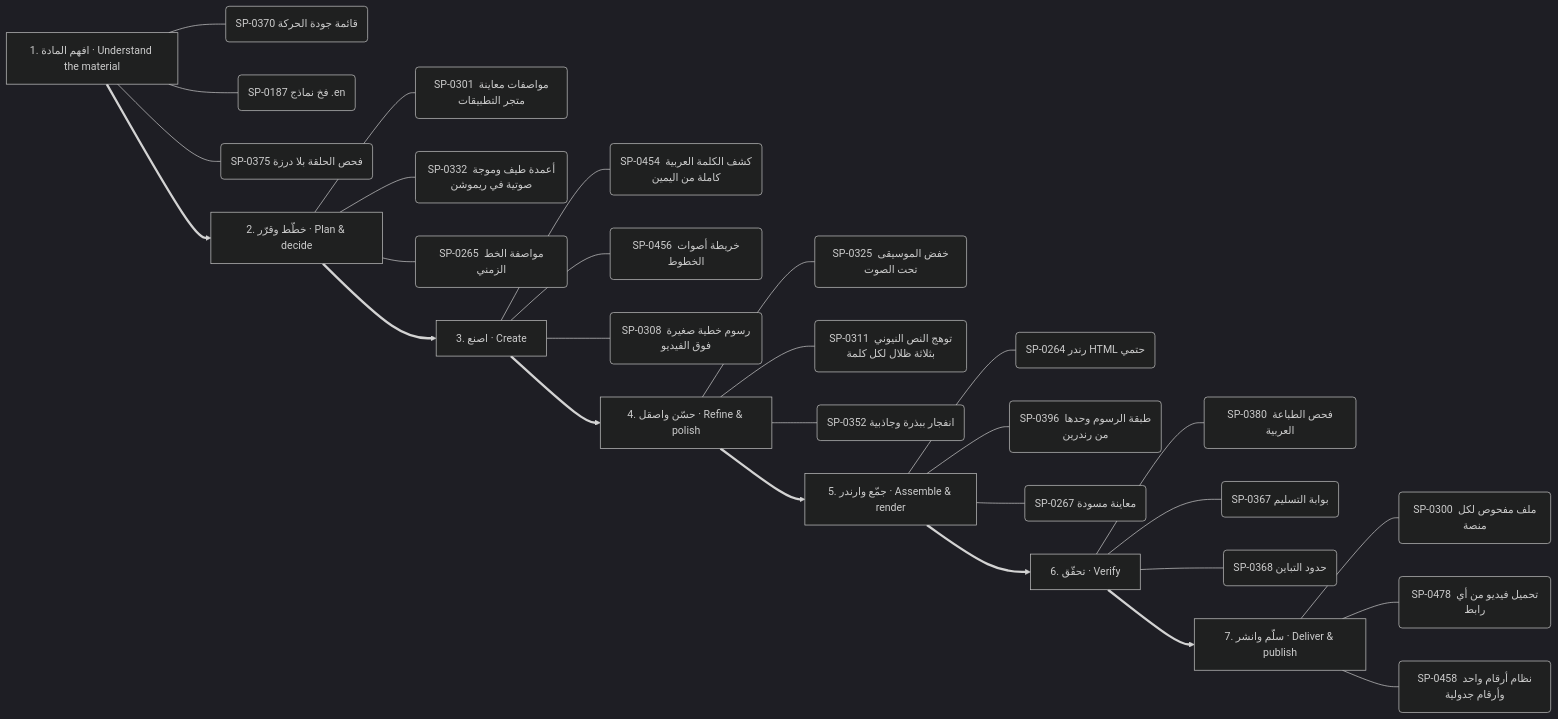
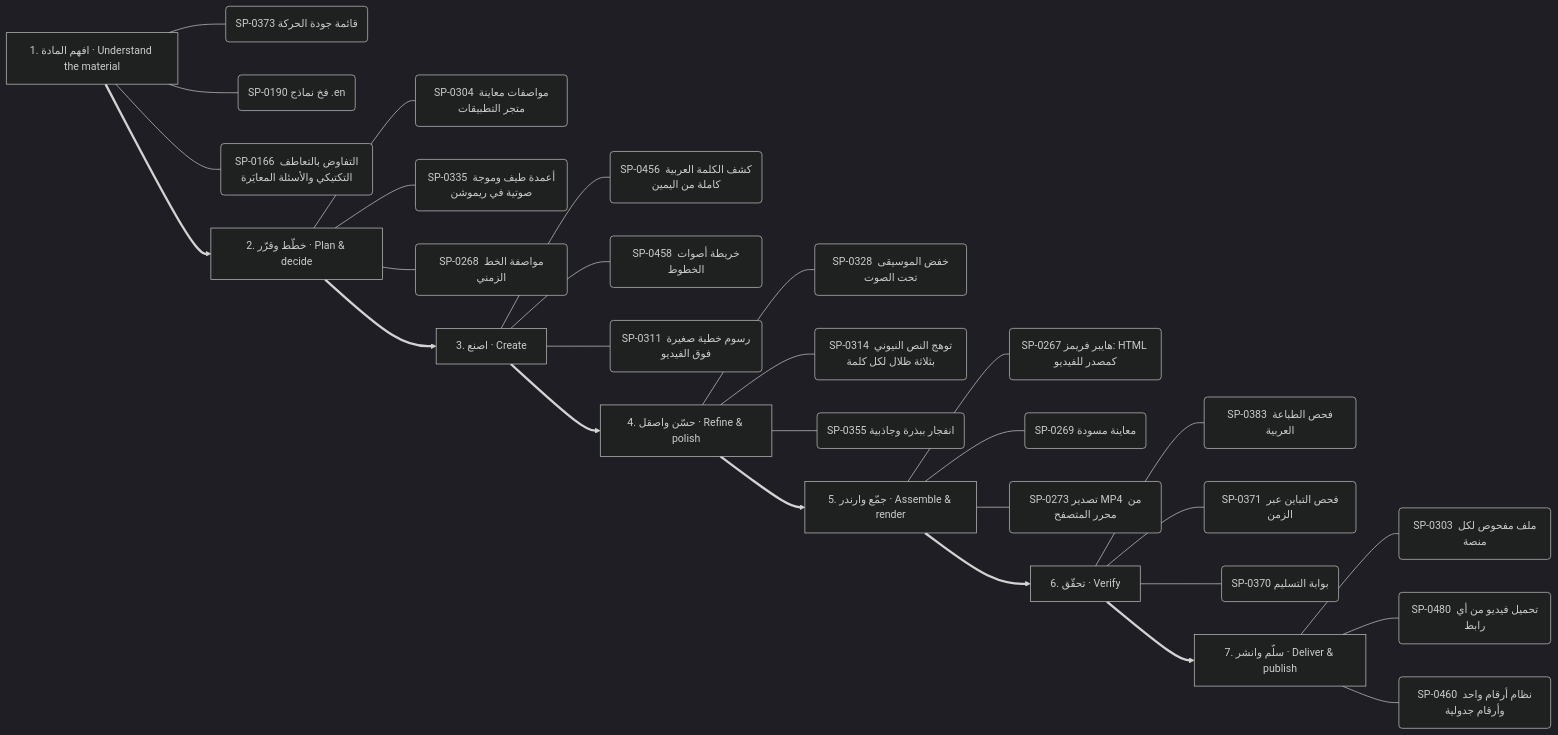
One commit to kosif199022-jpg/kosif-tool changed the second of 13 diagrams in .claude/skills/kosif-superpowers/references/capability-mindmap.md. Above: the diagram before and after it, drawn with Mermaid (dark theme). The commit also changed other lines of this file and 153 other files, not shown here.

````diff
--- a/.claude/skills/kosif-superpowers/references/capability-mindmap.md
+++ b/.claude/skills/kosif-superpowers/references/capability-mindmap.md
@@ -129,37 +126,37 @@
 ```mermaid
 flowchart LR
   S0["1. افهم المادة · Understand the material"]
-  S0 --- S0_0("SP-0370 قائمة جودة الحركة")
-  S0 --- S0_1("SP-0187 فخ نماذج .en")
-  S0 --- S0_2("SP-0375 فحص الحلقة بلا درزة")
+  S0 --- S0_0("SP-0373 قائمة جودة الحركة")
+  S0 --- S0_1("SP-0190 فخ نماذج .en")
+  S0 --- S0_2("SP-0166 التفاوض بالتعاطف التكتيكي والأسئلة المعايَرة")
   S1["2. خطّط وقرّر · Plan & decide"]
-  S1 --- S1_0("SP-0301 مواصفات معاينة متجر التطبيقات")
-  S1 --- S1_1("SP-0332 أعمدة طيف وموجة صوتية في ريموشن")
-  S1 --- S1_2("SP-0265 مواصفة الخط الزمني")
+  S1 --- S1_0("SP-0304 مواصفات معاينة متجر التطبيقات")
+  S1 --- S1_1("SP-0335 أعمدة طيف وموجة صوتية في ريموشن")
+  S1 --- S1_2("SP-0268 مواصفة الخط الزمني")
   S0 ==> S1
   S2["3. اصنع · Create"]
-  S2 --- S2_0("SP-0454 كشف الكلمة العربية كاملة من اليمين")
-  S2 --- S2_1("SP-0456 خريطة أصوات الخطوط")
-  S2 --- S2_2("SP-0308 رسوم خطية صغيرة فوق الفيديو")
+  S2 --- S2_0("SP-0456 كشف الكلمة العربية كاملة من اليمين")
+  S2 --- S2_1("SP-0458 خريطة أصوات الخطوط")
+  S2 --- S2_2("SP-0311 رسوم خطية صغيرة فوق الفيديو")
   S1 ==> S2
   S3["4. حسّن واصقل · Refine & polish"]
-  S3 --- S3_0("SP-0325 خفض الموسيقى تحت الصوت")
-  S3 --- S3_1("SP-0311 توهج النص النيوني بثلاثة ظلال لكل كلمة")
-  S3 --- S3_2("SP-0352 انفجار ببذرة وجاذبية")
+  S3 --- S3_0("SP-0328 خفض الموسيقى تحت الصوت")
+  S3 --- S3_1("SP-0314 توهج النص النيوني بثلاثة ظلال لكل كلمة")
+  S3 --- S3_2("SP-0355 انفجار ببذرة وجاذبية")
   S2 ==> S3
   S4["5. جمّع وارندر · Assemble & render"]
-  S4 --- S4_0("SP-0264 رندر HTML حتمي")
-  S4 --- S4_1("SP-0396 طبقة الرسوم وحدها من رندرين")
-  S4 --- S4_2("SP-0267 معاينة مسودة")
+  S4 --- S4_0("SP-0267 هايبر فريمز: HTML كمصدر للفيديو")
+  S4 --- S4_1("SP-0269 معاينة مسودة")
+  S4 --- S4_2("SP-0273 تصدير MP4 من محرر المتصفح")
   S3 ==> S4
   S5["6. تحقّق · Verify"]
-  S5 --- S5_0("SP-0380 فحص الطباعة العربية")
-  S5 --- S5_1("SP-0367 بوابة التسليم")
-  S5 --- S5_2("SP-0368 حدود التباين")
+  S5 --- S5_0("SP-0383 فحص الطباعة العربية")
+  S5 --- S5_1("SP-0371 فحص التباين عبر الزمن")
+  S5 --- S5_2("SP-0370 بوابة التسليم")
   S4 ==> S5
   S6["7. سلّم وانشر · Deliver & publish"]
-  S6 --- S6_0("SP-0300 ملف مفحوص لكل منصة")
-  S6 --- S6_1("SP-0478 تحميل فيديو من أي رابط")
-  S6 --- S6_2("SP-0458 نظام أرقام واحد وأرقام جدولية")
+  S6 --- S6_0("SP-0303 ملف مفحوص لكل منصة")
+  S6 --- S6_1("SP-0480 تحميل فيديو من أي رابط")
+  S6 --- S6_2("SP-0460 نظام أرقام واحد وأرقام جدولية")
   S5 ==> S6
 ```
````
